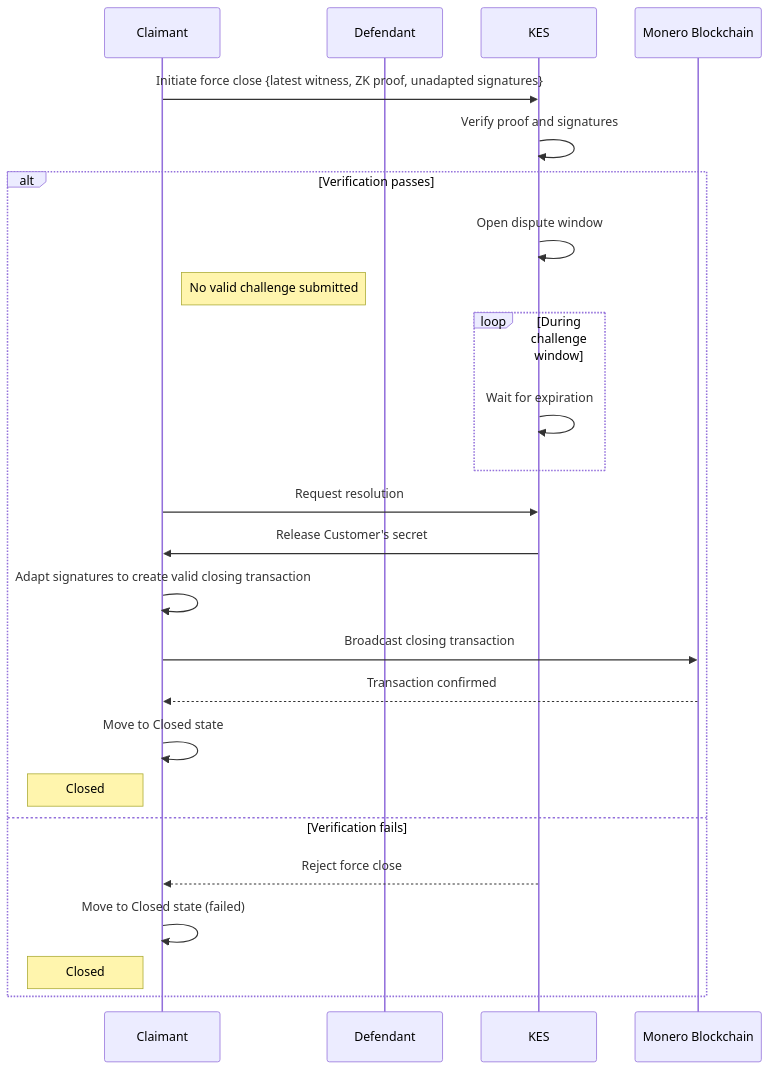
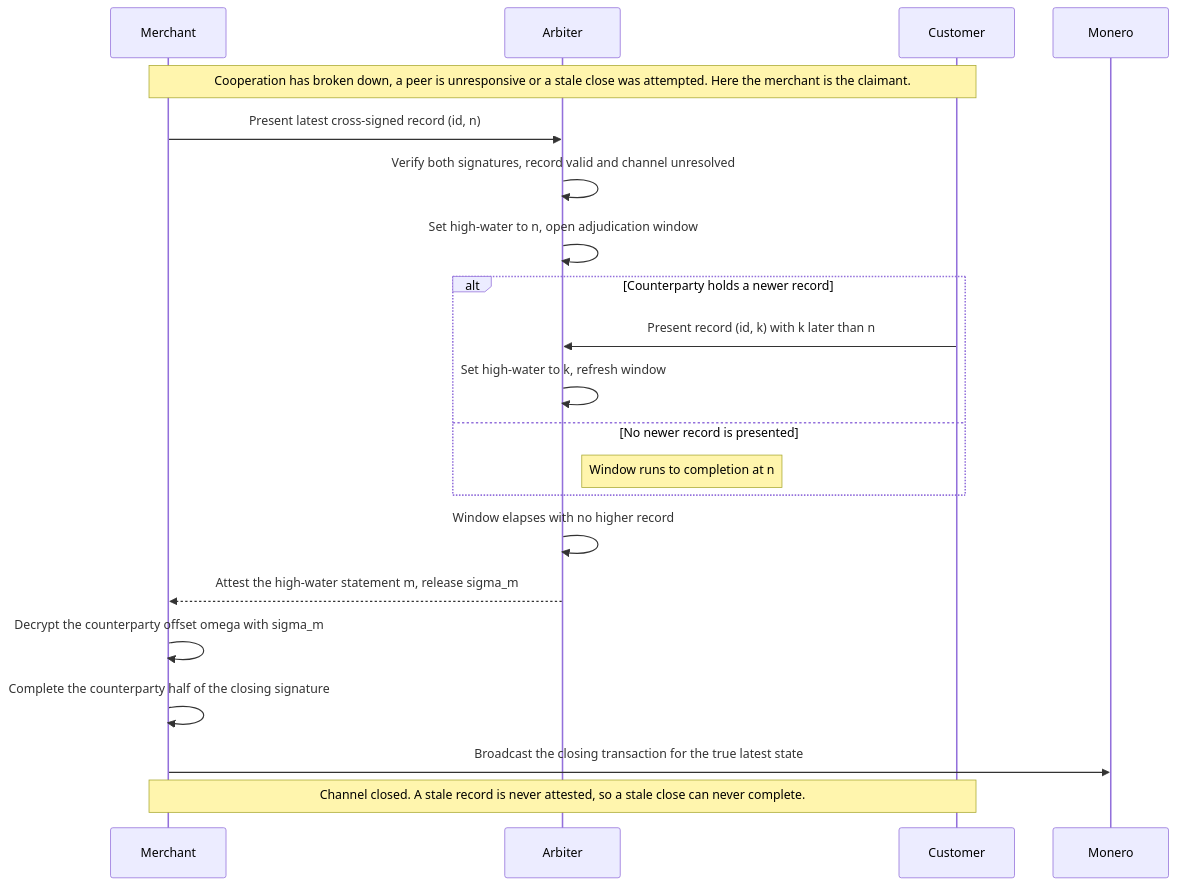
One commit to grease-xmr/grease changed the diagram in docs/diagrams/channel_dispute_sequence.md. Above: the diagram before and after it, drawn with Mermaid. The commit also changed 48 other files, not shown here.

````diff
--- a/docs/diagrams/channel_dispute_sequence.md
+++ b/docs/diagrams/channel_dispute_sequence.md
@@ -1,27 +1,23 @@
 ```mermaid
 sequenceDiagram
-    participant Merchant as Claimant
-    participant Customer as Defendant
-    participant KES
-    participant Monero as Monero Blockchain
-    Merchant->>KES: Initiate force close {latest witness, ZK proof, unadapted signatures}
-    KES->>KES: Verify proof and signatures
-    alt Verification passes
-        KES->>KES: Open dispute window
-        note left of Customer: No valid challenge submitted
-        loop During challenge window
-            KES->>KES: Wait for expiration
-        end
-        Merchant->>KES: Request resolution
-        KES->>Merchant: Release Customer's secret
-        Merchant->>Merchant: Adapt signatures to create valid closing transaction
-        Merchant->>Monero: Broadcast closing transaction
-        Monero-->>Merchant: Transaction confirmed
-        Merchant->>Merchant: Move to Closed state
-        note left of Merchant: Closed
-    else Verification fails
-        KES-->>Merchant: Reject force close
-        Merchant->>Merchant: Move to Closed state (failed)
-        note left of Merchant: Closed
+    participant M as Merchant
+    participant A as Arbiter
+    participant C as Customer
+    participant L1 as Monero
+    note over M,C: Cooperation has broken down, a peer is unresponsive or a stale close was attempted. Here the merchant is the claimant.
+    M->>A: Present latest cross-signed record (id, n)
+    A->>A: Verify both signatures, record valid and channel unresolved
+    A->>A: Set high-water to n, open adjudication window
+    alt Counterparty holds a newer record
+        C->>A: Present record (id, k) with k later than n
+        A->>A: Set high-water to k, refresh window
+    else No newer record is presented
+        note right of A: Window runs to completion at n
     end
+    A->>A: Window elapses with no higher record
+    A-->>M: Attest the high-water statement m, release sigma_m
+    M->>M: Decrypt the counterparty offset omega with sigma_m
+    M->>M: Complete the counterparty half of the closing signature
+    M->>L1: Broadcast the closing transaction for the true latest state
+    note over M,C: Channel closed. A stale record is never attested, so a stale close can never complete.
 ```
````
